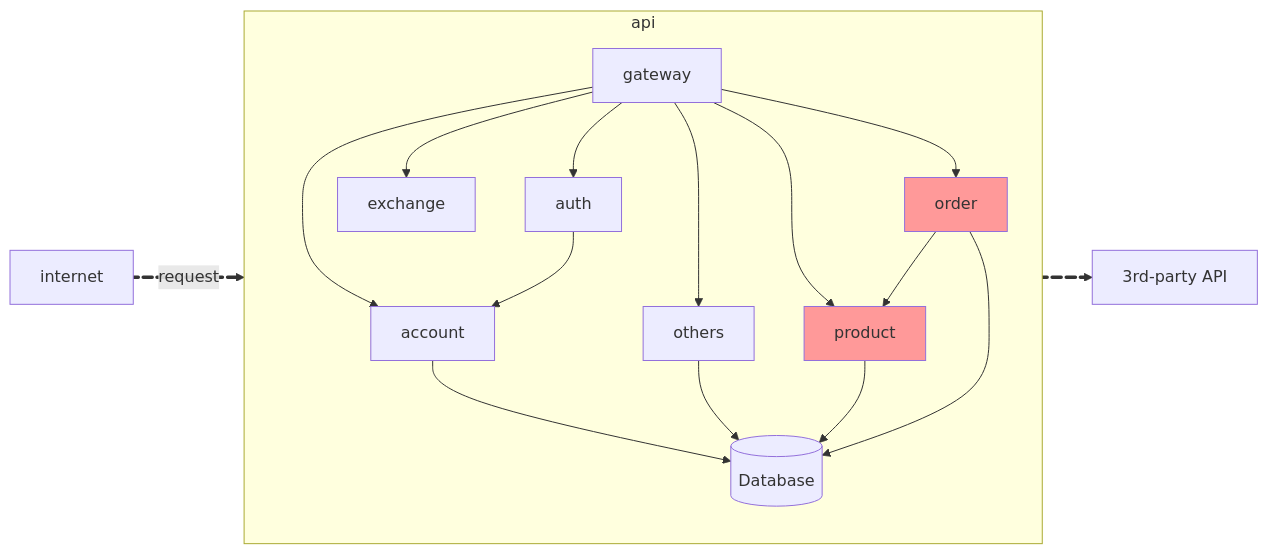
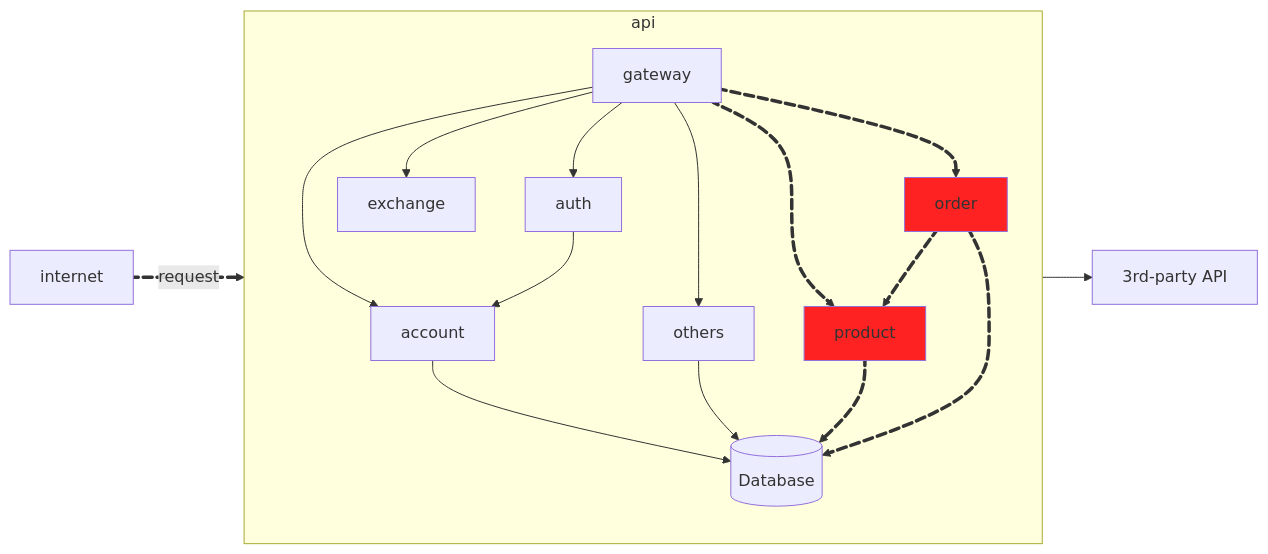
The diagram in docs/exercises/exercise2.md (laupontiroli/platform_api-serv), drawn with Mermaid before and after one commit. The commit also changed other lines of this file and 2 other files, not shown here.

````diff
--- a/docs/exercises/exercise2.md
+++ b/docs/exercises/exercise2.md
@@ -8,23 +8,29 @@
 ``` mermaid
 flowchart LR
     subgraph api
         direction TB
         gateway --> account
         gateway --> auth
         gateway --> others
         account --> db@{ shape: cyl, label: "Database" }
         others --> db
         auth --> account
         gateway --> exchange
-        gateway --> product:::color
-        gateway --> order:::color
-        product --> db
-        order --> db
-        order --> product
+        gateway e5@==> product:::color
+        gateway e6@==> order:::color
+        product e2@==> db
+        order e3@==> db
+        order e4@==> product
     end
-    exchange e2@==> 3partyapi@{label: "3rd-party API"}
-    internet e3@==>|request| gateway
+    exchange --> 3partyapi@{label: "3rd-party API"}
+    internet e1@==>|request| gateway
+    e1@{ animate: true }
     e2@{ animate: true }
     e3@{ animate: true }
-    classDef color fill:#f99
+    e4@{ animate: true }
+    e5@{ animate: true }
+    e6@{ animate: true }
+    classDef color fill:#f22
+    click product "#product-api" "Product API"
+    click order "#order-api" "Order API"
 ```
````
